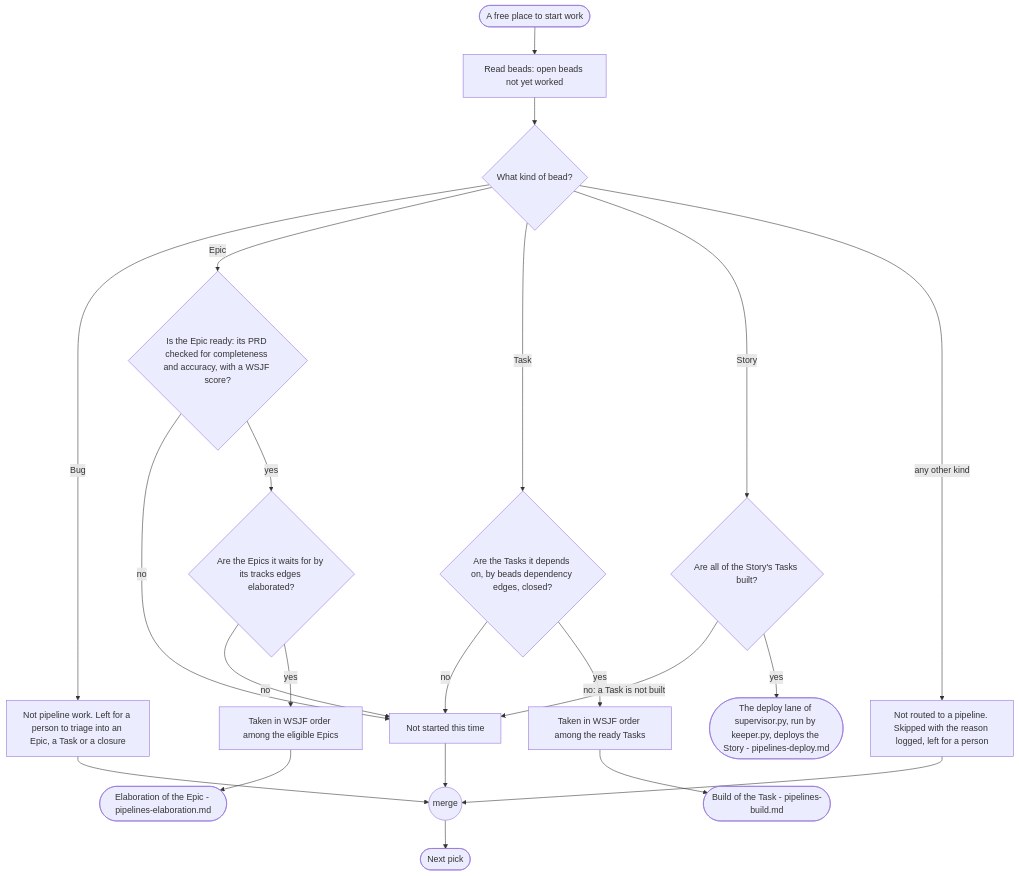
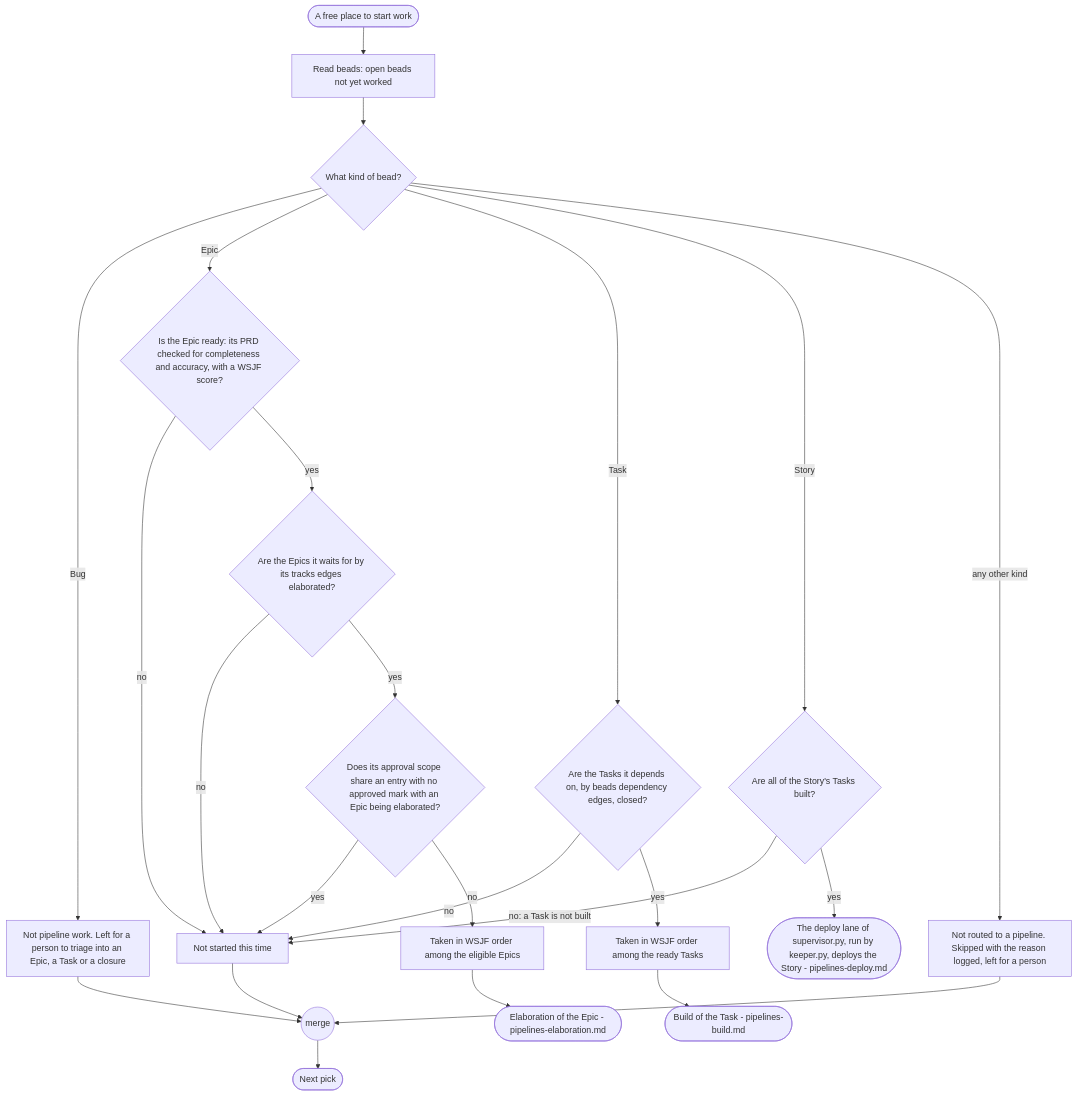
One commit to mark-satterfield/toolset changed the second of 8 diagrams in plugins/agent-teams-workforce/blueprint/design/pipelines-driver.md. Above: the diagram before and after it, drawn with Mermaid. The commit also changed other lines of this file and 6 other files, not shown here.

First line of the commit message:
feat(matrix): serve the approval read from matrix.py so the driver can hold Epics that share unapproved reach

````diff
--- a/plugins/agent-teams-workforce/blueprint/design/pipelines-driver.md
+++ b/plugins/agent-teams-workforce/blueprint/design/pipelines-driver.md
@@ -173,24 +173,26 @@
 ```mermaid
 flowchart TD
     s(["A free place to start work"]) --> read["Read beads: open beads not yet worked"]
     read --> kind{"What kind of bead?"}
     kind -->|"Bug"| bug["Not pipeline work. Left for a person to triage into an Epic, a Task or a closure"]
     kind -->|"Epic"| eReady{"Is the Epic ready: its PRD checked for completeness and accuracy, with a WSJF score?"}
     kind -->|"Task"| tReady{"Are the Tasks it depends on, by beads dependency edges, closed?"}
     kind -->|"Story"| sReady{"Are all of the Story's Tasks built?"}
     kind -->|"any other kind"| other["Not routed to a pipeline. Skipped with the reason logged, left for a person"]
     eReady -->|"no"| skip["Not started this time"]
     eReady -->|"yes"| eDeps{"Are the Epics it waits for by its tracks edges elaborated?"}
     eDeps -->|"no"| skip
-    eDeps -->|"yes"| eOrder["Taken in WSJF order among the eligible Epics"]
+    eDeps -->|"yes"| eShare{"Does its approval scope share an entry with no approved mark with an Epic being elaborated?"}
+    eShare -->|"yes"| skip
+    eShare -->|"no"| eOrder["Taken in WSJF order among the eligible Epics"]
     eOrder --> eRun(["Elaboration of the Epic - pipelines-elaboration.md"])
     tReady -->|"no"| skip
     tReady -->|"yes"| tOrder["Taken in WSJF order among the ready Tasks"]
     tOrder --> tRun(["Build of the Task - pipelines-build.md"])
     sReady -->|"no: a Task is not built"| skip
     sReady -->|"yes"| sRun(["The deploy lane of supervisor.py, run by keeper.py, deploys the Story - pipelines-deploy.md"])
     bug --> m(("merge"))
     other --> m
     skip --> m
     m --> e(["Next pick"])
 ```
````
